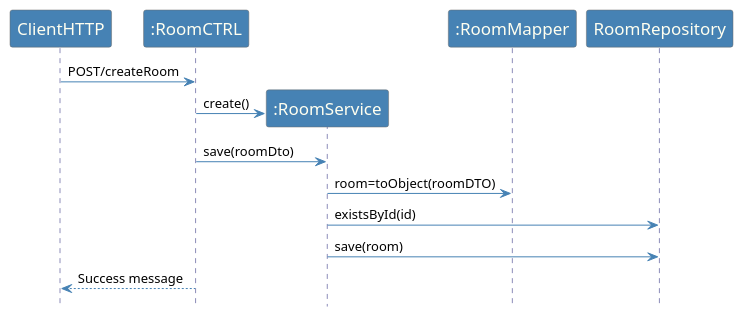
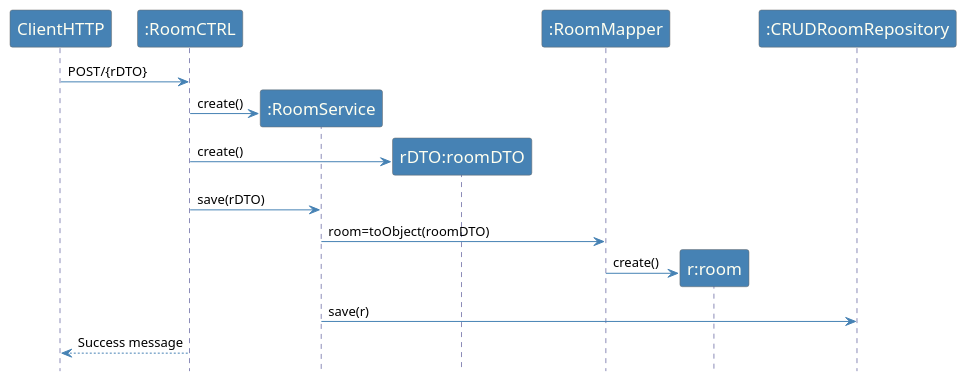
One commit to emanuel-pereira/hou changed the diagram in src/main/java/smarthome/controller/sequenceDiagrams/sd_RestNewRoom.puml. Above: the diagram before and after it, drawn with PlantUML.

Commit message:
Update sequence diagram. Ref #224

```diff
--- a/src/main/java/smarthome/controller/sequenceDiagrams/sd_RestNewRoom.puml
+++ b/src/main/java/smarthome/controller/sequenceDiagrams/sd_RestNewRoom.puml
@@ -1,39 +1,44 @@
 @startuml
 hidefootbox
 
 skinparam sequence {
 	ArrowColor SteelBlue
 	LifeLineBorderColor MidnightBlue
 	LifeLineBackgroundColor #A9DCDF
 
 	ParticipantBorderColor Dimgray
 	ParticipantBackgroundColor SteelBlue
 	ParticipantFontName Calibri Bold
 	ParticipantFontSize 17
 	ParticipantFontColor Ivory
 
 	ActorBackgroundColor SteelBlue
 	ActorFontColor MidnightBlue
 	ActorFontSize 17
 	ActorFontName Aapex
 
 }
 
 skinparam note {
 BorderColor SteelBlue
 }
 
 
-ClientHTTP -> ":RoomCTRL":  POST/createRoom
+ClientHTTP -> ":RoomCTRL":  POST/{rDTO}
 create ":RoomService"
 ":RoomCTRL" -> ":RoomService": create()
-":RoomCTRL" -> ":RoomService": save(roomDto)
+
+
+create "rDTO:roomDTO"
+":RoomCTRL" -> "rDTO:roomDTO": create()
+":RoomCTRL" -> ":RoomService": save(rDTO)
 ":RoomService" -> ":RoomMapper": room=toObject(roomDTO)
-":RoomService" -> RoomRepository: existsById(id)
-":RoomService" -> RoomRepository: save(room)
+create "r:room"
+":RoomMapper" -> "r:room": create()
+":RoomService" -> ":CRUDRoomRepository": save(r)
 ClientHTTP <-- ":RoomCTRL":  Success message
 
 
 
 
 @enduml
```
